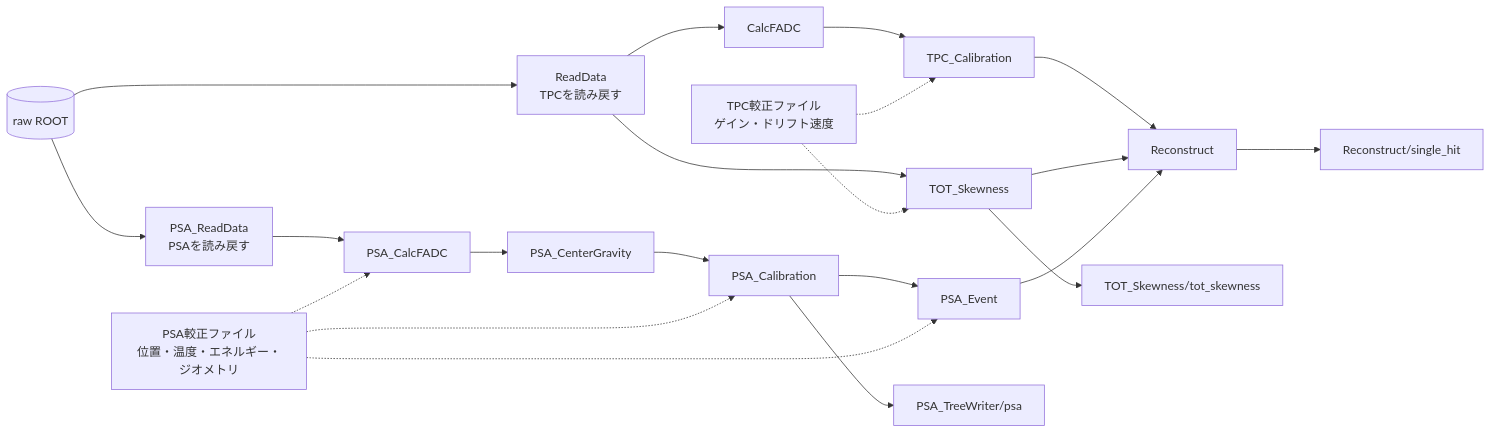
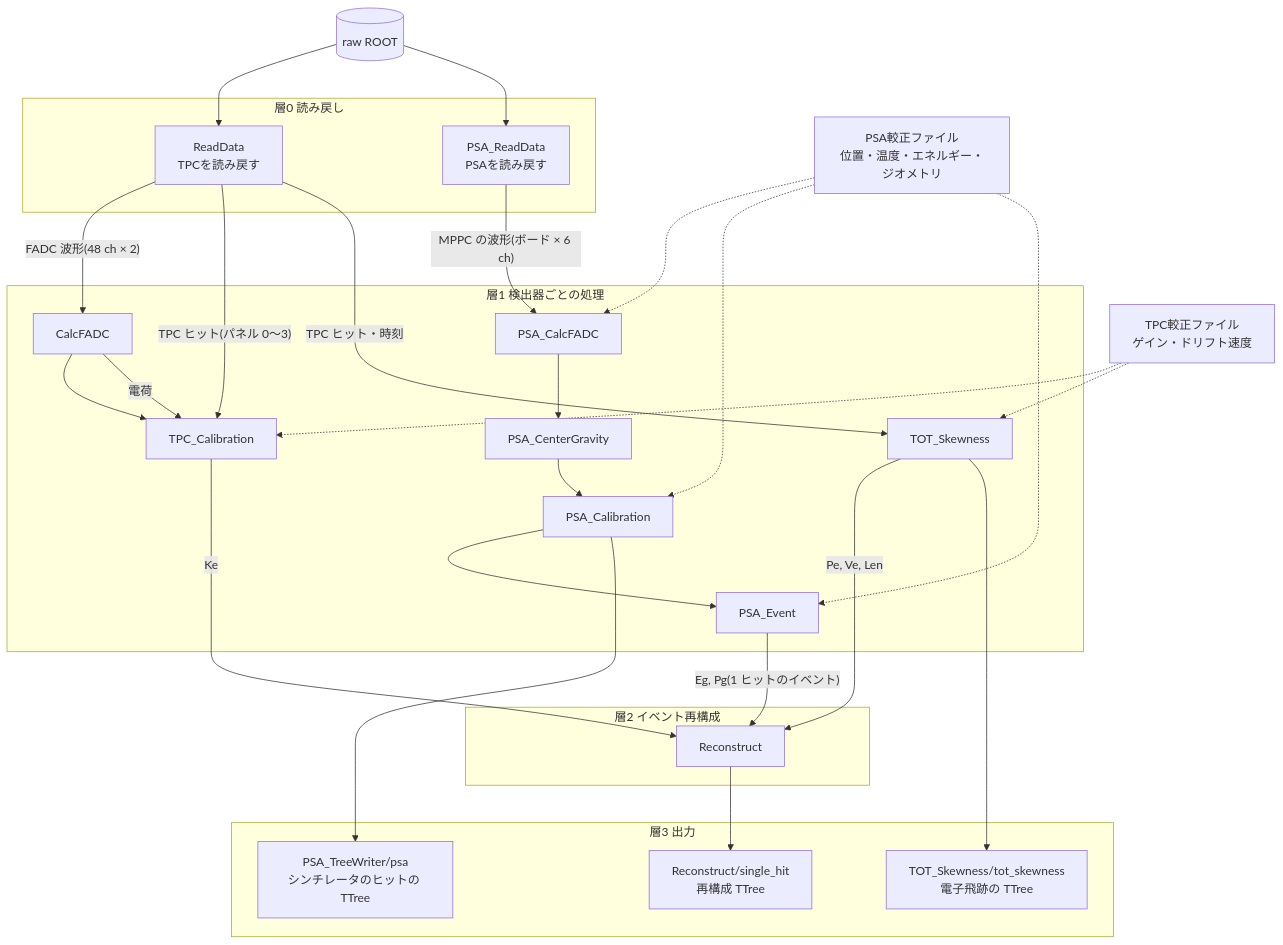
One commit to SMILE-tool-box/EricaNext changed the third of 3 diagrams in README.md. Above: the diagram before and after it, drawn with Mermaid. The commit also changed other lines of this file, not shown here.

Commit message:
README: draw the stage 1 and stage 2 module flowcharts top to bottom

````diff
--- a/README.md
+++ b/README.md
@@ -172,17 +178,42 @@
 ```mermaid
-flowchart LR
-  ROOT[(raw ROOT)] --> RD["ReadData<br>TPCを読み戻す"]
-  ROOT --> PRD["PSA_ReadData<br>PSAを読み戻す"]
-  RD --> CF[CalcFADC] --> TC[TPC_Calibration] --> REC[Reconstruct]
-  RD --> TOT[TOT_Skewness] --> REC
-  PRD --> PCF[PSA_CalcFADC] --> PCG[PSA_CenterGravity] --> PCAL[PSA_Calibration]
-  PCAL --> PEV[PSA_Event] --> REC
-  PCAL --> PSAT["PSA_TreeWriter/psa"]
-  REC --> OUT["Reconstruct/single_hit"]
-  TOT --> TOTT["TOT_Skewness/tot_skewness"]
-  PRM["TPC較正ファイル<br>ゲイン・ドリフト速度"] -.-> TC
+flowchart TD
+  ROOT[(raw ROOT)]
+  subgraph L0["層0 読み戻し"]
+    RD["ReadData<br>TPCを読み戻す"]
+    PRD["PSA_ReadData<br>PSAを読み戻す"]
+  end
+  subgraph L1["層1 検出器ごとの処理"]
+    CF[CalcFADC] --> TC[TPC_Calibration]
+    TOT[TOT_Skewness]
+    PCF[PSA_CalcFADC] --> PCG[PSA_CenterGravity] --> PCAL[PSA_Calibration] --> PEV[PSA_Event]
+  end
+  subgraph L2["層2 イベント再構成"]
+    REC[Reconstruct]
+  end
+  subgraph L3["層3 出力"]
+    OUT["Reconstruct/single_hit<br>再構成 TTree"]
+    TOTT["TOT_Skewness/tot_skewness<br>電子飛跡の TTree"]
+    PSAT["PSA_TreeWriter/psa<br>シンチレータのヒットの TTree"]
+  end
+  PRM["TPC較正ファイル<br>ゲイン・ドリフト速度"]
+  PPRM["PSA較正ファイル<br>位置・温度・エネルギー・ジオメトリ"]
+
+  ROOT --> RD
+  ROOT --> PRD
+  PRM -.-> TC
   PRM -.-> TOT
-  PPRM["PSA較正ファイル<br>位置・温度・エネルギー・ジオメトリ"] -.-> PCF
+  PPRM -.-> PCF
   PPRM -.-> PCAL
   PPRM -.-> PEV
+  RD -- "FADC 波形(48 ch × 2)" --> CF
+  RD -- "TPC ヒット(パネル 0〜3)" --> TC
+  RD -- "TPC ヒット・時刻" --> TOT
+  PRD -- "MPPC の波形(ボード × 6 ch)" --> PCF
+  CF -- "電荷" --> TC
+  TC -- "Ke" --> REC
+  TOT -- "Pe, Ve, Len" --> REC
+  PEV -- "Eg, Pg(1 ヒットのイベント)" --> REC
+  PCAL --> PSAT
+  REC --> OUT
+  TOT --> TOTT
 ```
````
